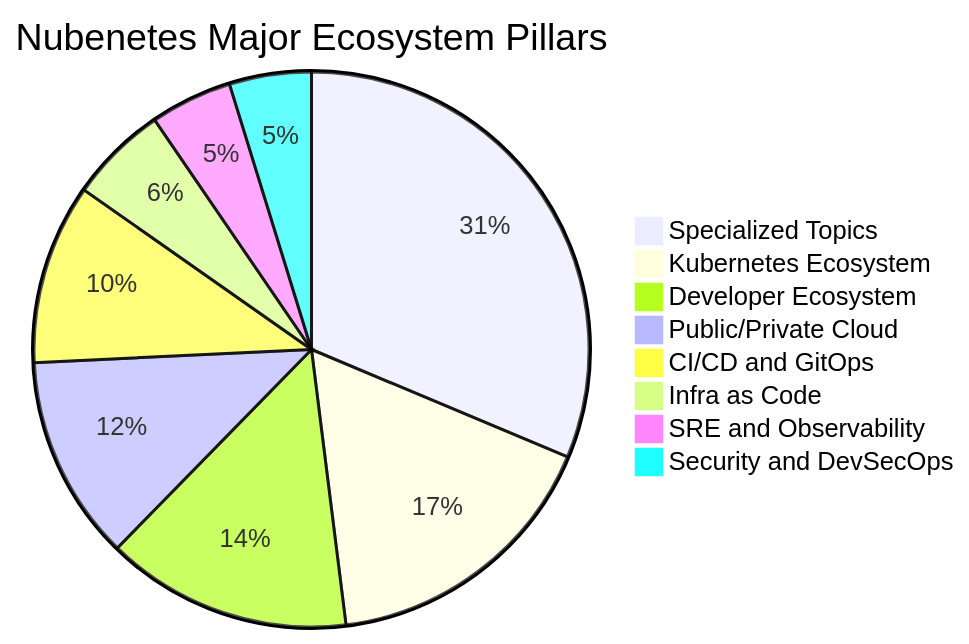
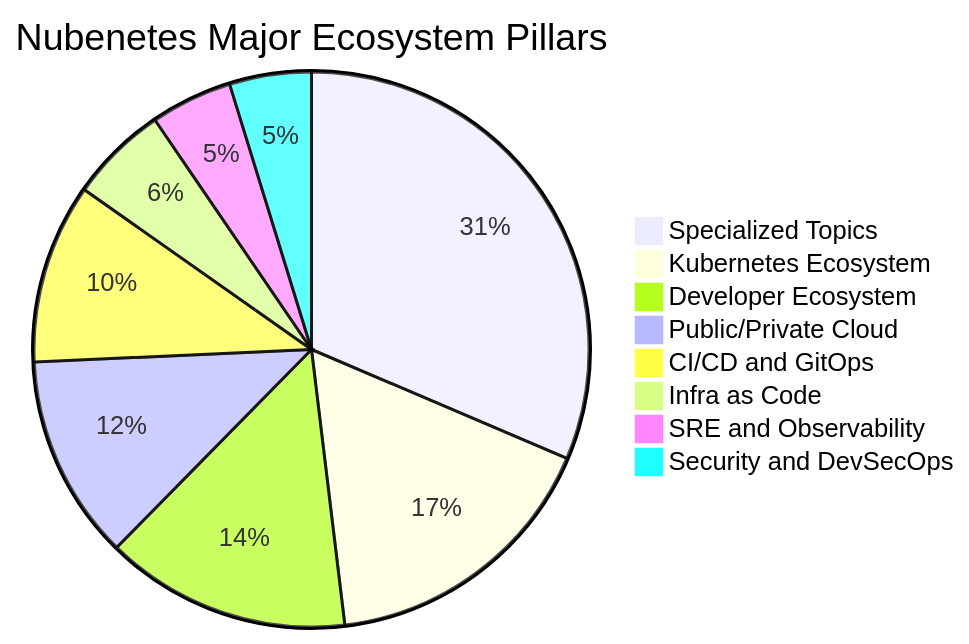
Before and after one commit to nubenetes/awesome-kubernetes: the second of 15 diagrams in README.md, drawn with Mermaid. The commit also changed other lines of this file and 25 other files, not shown here.

````diff
--- a/README.md
+++ b/README.md
@@ -312,11 +312,11 @@
 ```mermaid
 pie title Nubenetes Major Ecosystem Pillars
-    "Specialized Topics" : 6567
+    "Specialized Topics" : 6595
     "Kubernetes Ecosystem" : 3500
     "Developer Ecosystem" : 3000
     "Public/Private Cloud" : 2500
     "CI/CD and GitOps" : 2200
     "Infra as Code" : 1200
     "SRE and Observability" : 1000
     "Security and DevSecOps" : 1000
 ```
````
